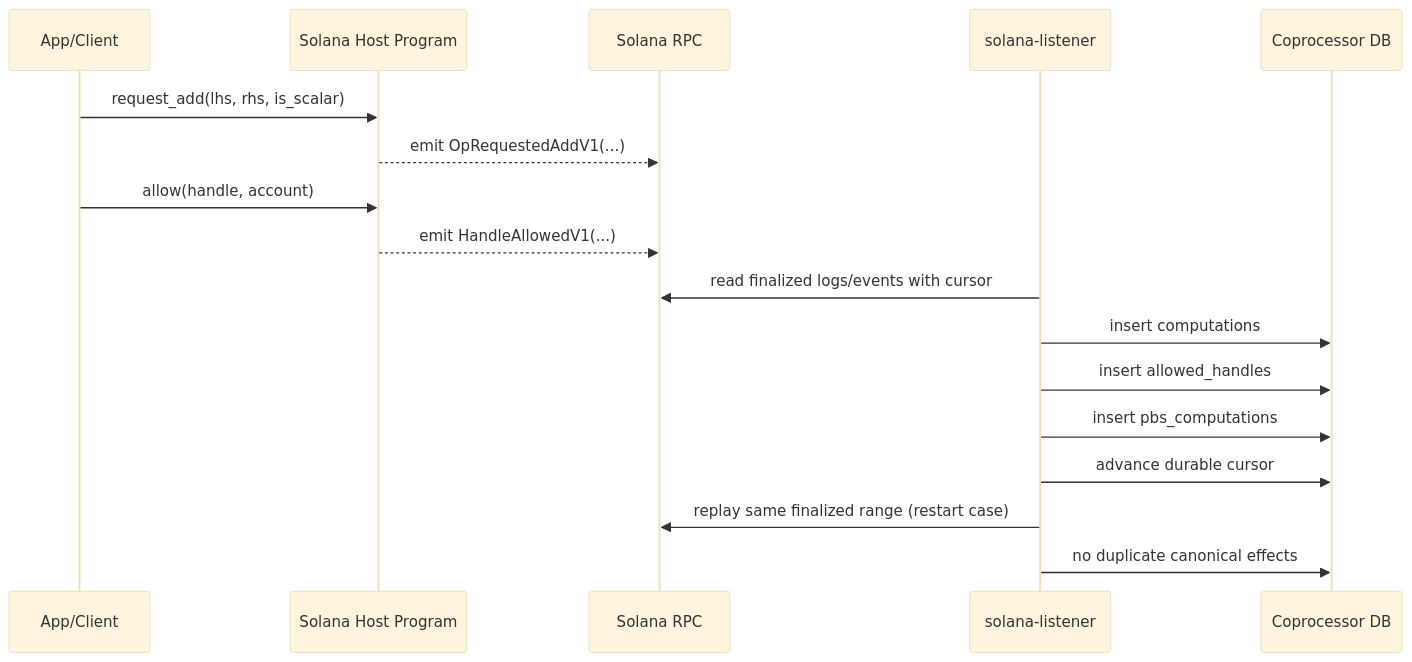
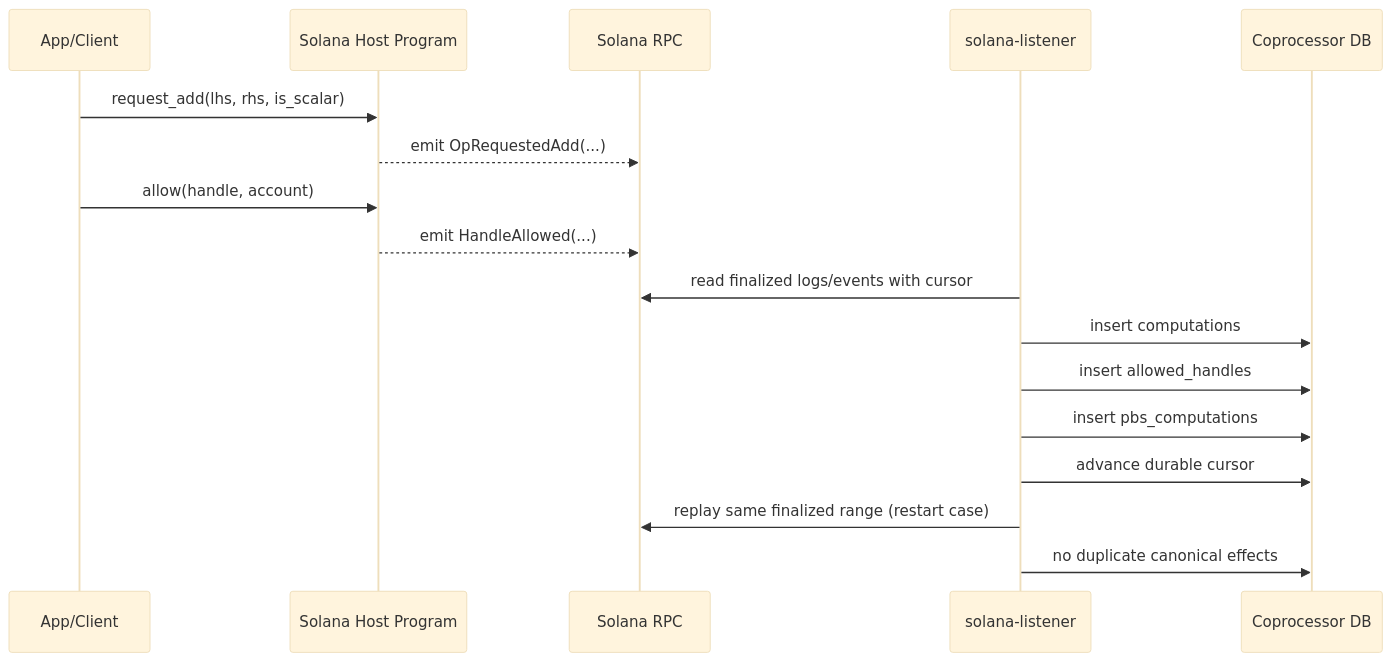
The diagram in docs/protocol/explorations/solana-host-listener/INTERFACE_V0.md (zama-ai/fhevm), drawn with Mermaid (base theme) before and after one commit. The commit also changed other lines of this file and 15 other files, not shown here.

````diff
--- a/docs/protocol/explorations/solana-host-listener/INTERFACE_V0.md
+++ b/docs/protocol/explorations/solana-host-listener/INTERFACE_V0.md
@@ -151,22 +151,22 @@
 ```mermaid
 sequenceDiagram
   participant App as App/Client
   participant Host as Solana Host Program
   participant RPC as Solana RPC
   participant Lis as solana-listener
   participant DB as Coprocessor DB
 
   App->>Host: request_add(lhs, rhs, is_scalar)
-  Host-->>RPC: emit OpRequestedAddV1(...)
+  Host-->>RPC: emit OpRequestedAdd(...)
   App->>Host: allow(handle, account)
-  Host-->>RPC: emit HandleAllowedV1(...)
+  Host-->>RPC: emit HandleAllowed(...)
 
   Lis->>RPC: read finalized logs/events with cursor
   Lis->>DB: insert computations
   Lis->>DB: insert allowed_handles
   Lis->>DB: insert pbs_computations
   Lis->>DB: advance durable cursor
 
   Lis->>RPC: replay same finalized range (restart case)
   Lis->>DB: no duplicate canonical effects
 ```
````
